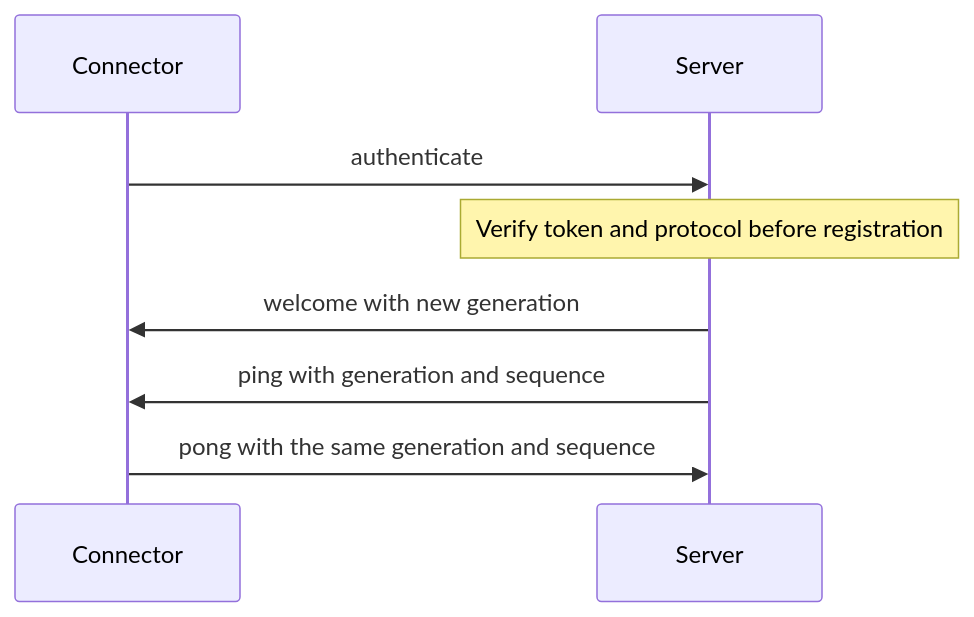
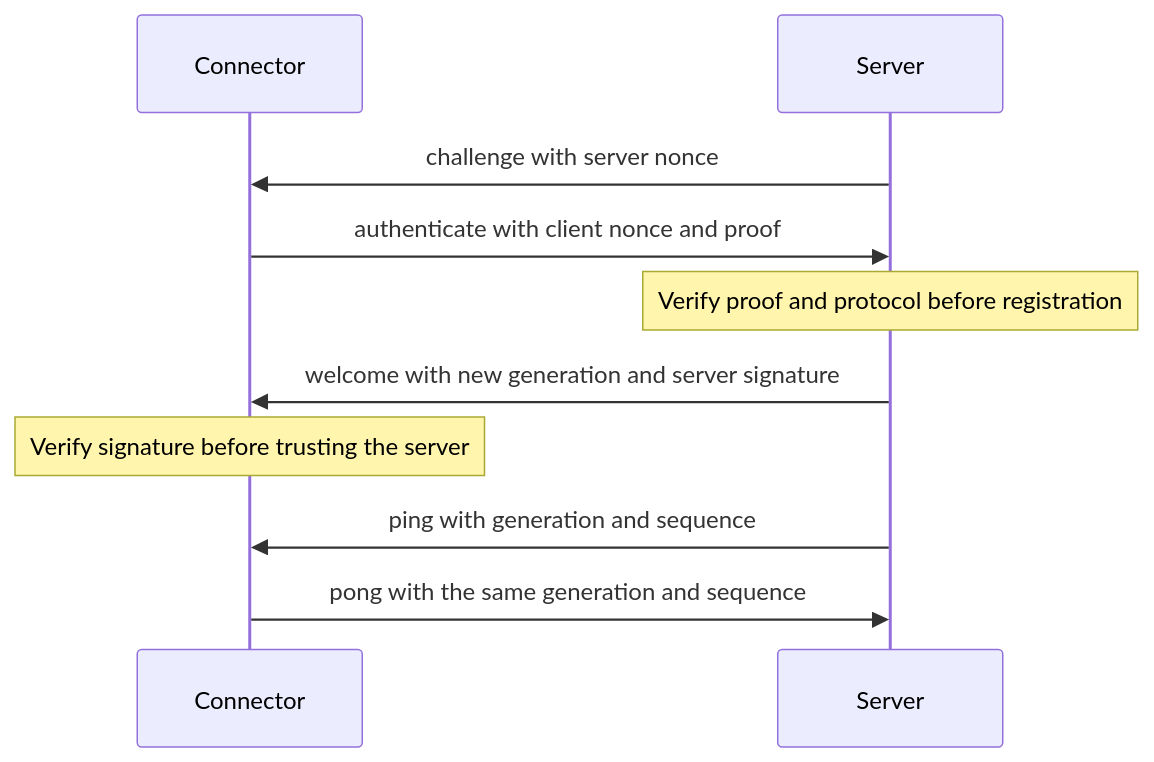
Before and after one commit to woswos/raicho: the diagram in docs/reference/connector-contract.md, drawn with Mermaid. The commit also changed other lines of this file and 48 other files, not shown here.

First line of the commit message:
fix(connector): authenticate with challenge-response

````diff
--- a/docs/reference/connector-contract.md
+++ b/docs/reference/connector-contract.md
@@ -81,10 +83,12 @@
 ```mermaid
 sequenceDiagram
     participant Connector
     participant Server
-    Connector->>Server: authenticate
-    Note over Server: Verify token and protocol before registration
-    Server->>Connector: welcome with new generation
+    Server->>Connector: challenge with server nonce
+    Connector->>Server: authenticate with client nonce and proof
+    Note over Server: Verify proof and protocol before registration
+    Server->>Connector: welcome with new generation and server signature
+    Note over Connector: Verify signature before trusting the server
     Server->>Connector: ping with generation and sequence
     Connector->>Server: pong with the same generation and sequence
 ```
````
